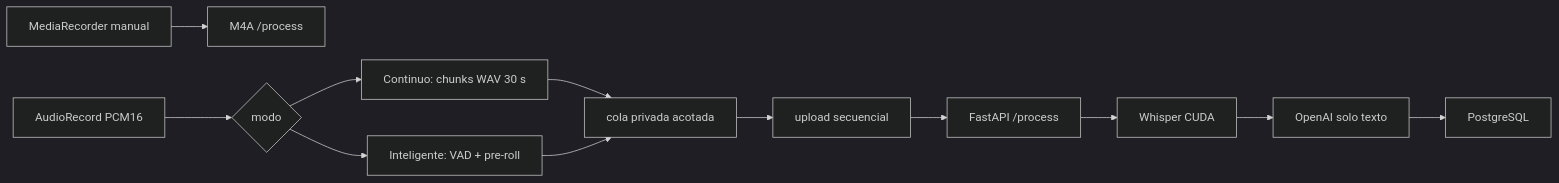
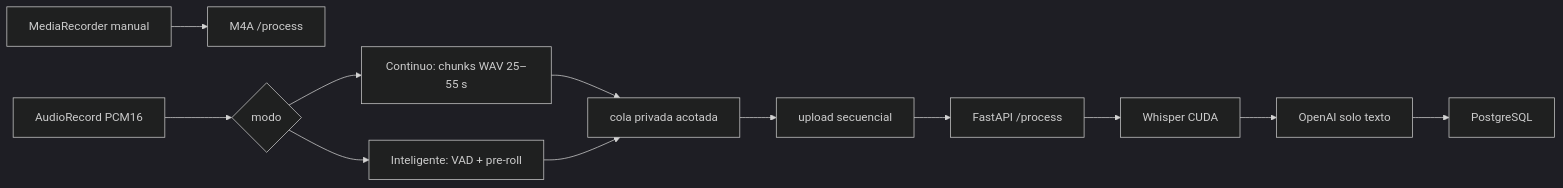
The diagram in docs/architecture.md (e-hleon/audio-tfm), drawn with Mermaid (dark theme) before and after one commit. The commit also changed other lines of this file and 9 other files, not shown here.

````diff
--- a/docs/architecture.md
+++ b/docs/architecture.md
@@ -154,14 +165,14 @@
 ```mermaid
 flowchart LR
   A[MediaRecorder manual] --> B[M4A /process]
   C[AudioRecord PCM16] --> D{modo}
-  D --> E[Continuo: chunks WAV 30 s]
+  D --> E[Continuo: chunks WAV 25–55 s]
   D --> F[Inteligente: VAD + pre-roll]
   E --> G[cola privada acotada]
   F --> G
   G --> H[upload secuencial]
   H --> I[FastAPI /process]
   I --> J[Whisper CUDA]
   J --> K[OpenAI solo texto]
   K --> L[PostgreSQL]
 ```
````
